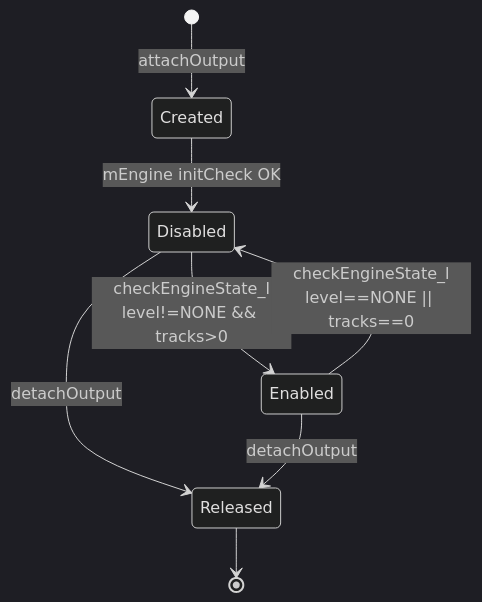
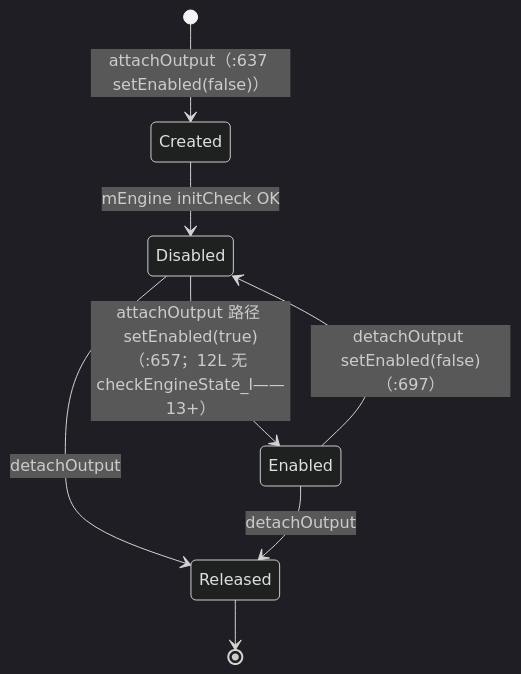
Before and after one commit to yanglinzhen1022/SA8295_AAOS_QNX_Audio_KnowledgeBase: the seventh of 8 diagrams in 07_Effects_Framework/07_7.6_Spatializer空间音频架构详解.md, drawn with Mermaid (dark theme). The commit also changed other lines of this file and 12 other files, not shown here.

````diff
--- a/07_Effects_Framework/07_7.6_Spatializer空间音频架构详解.md
+++ b/07_Effects_Framework/07_7.6_Spatializer空间音频架构详解.md
@@ -505,10 +523,10 @@
 ```mermaid
 stateDiagram-v2
-    [*] --> Created: attachOutput
+    [*] --> Created: attachOutput（:637 setEnabled(false)）
     Created --> Disabled: mEngine initCheck OK
-    Disabled --> Enabled: checkEngineState_l<br/>level!=NONE && tracks>0
-    Enabled --> Disabled: checkEngineState_l<br/>level==NONE || tracks==0
+    Disabled --> Enabled: attachOutput 路径 setEnabled(true)<br/>（:657；12L 无 checkEngineState_l——13+）
+    Enabled --> Disabled: detachOutput setEnabled(false)<br/>（:697）
     Disabled --> Released: detachOutput
     Enabled --> Released: detachOutput
     Released --> [*]
 ```
````
